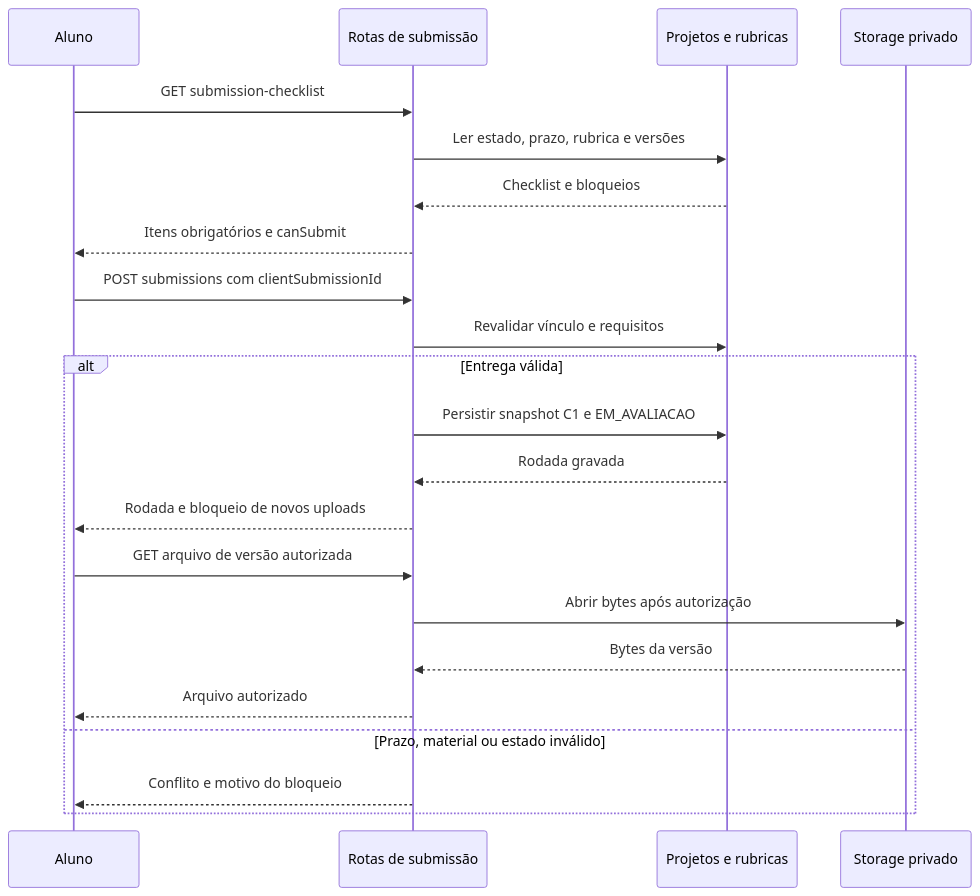
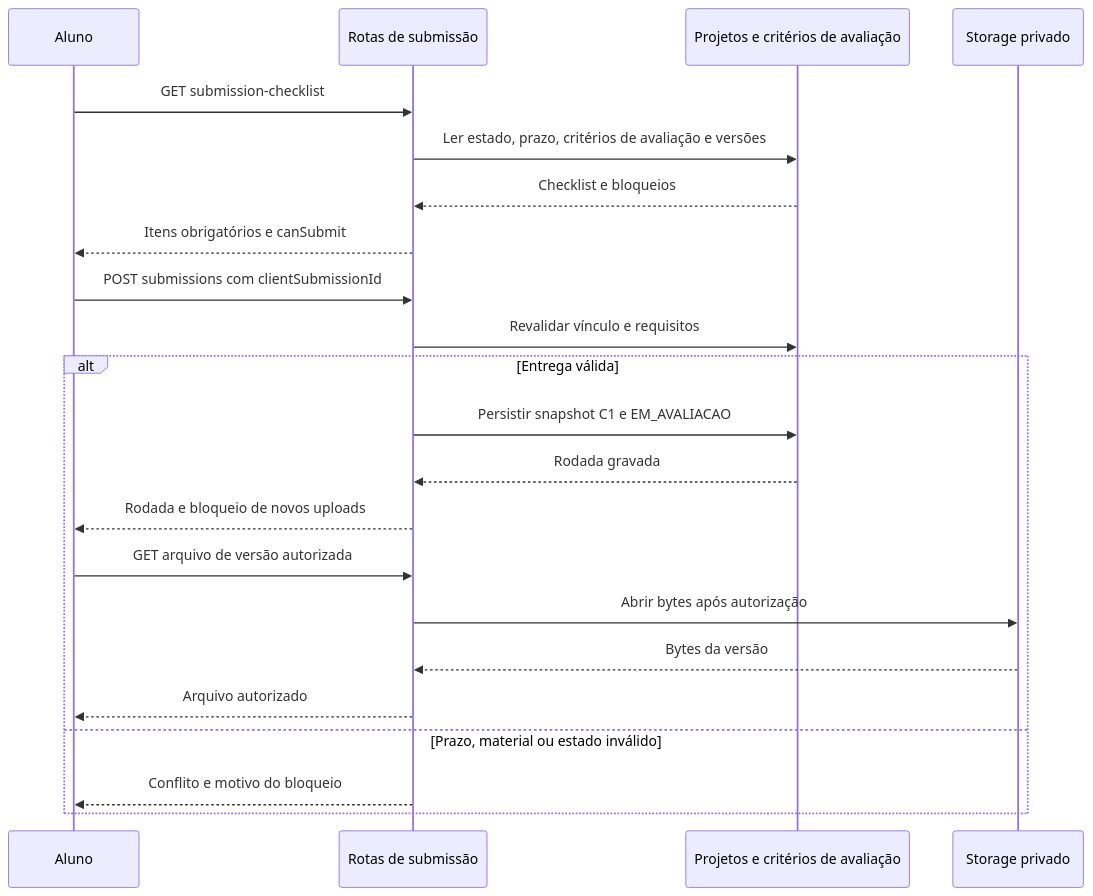
Before and after one commit to henriquemantovan/Labrary-Digital-PCS-3643: the third of 5 diagrams in docs/diagramas-sequencia.md, drawn with Mermaid. The commit also changed other lines of this file and 72 other files, not shown here.

Commit message:
Atualiza apresentação e adota critérios de avaliação na interface

````diff
--- a/docs/diagramas-sequencia.md
+++ b/docs/diagramas-sequencia.md
@@ -60,24 +60,24 @@
 ```mermaid
 sequenceDiagram
     participant U as Aluno
     participant A as Rotas de submissão
-    participant R as Projetos e rubricas
+    participant R as Projetos e critérios de avaliação
     participant F as Storage privado
     U->>A: GET submission-checklist
-    A->>R: Ler estado, prazo, rubrica e versões
+    A->>R: Ler estado, prazo, critérios de avaliação e versões
     R-->>A: Checklist e bloqueios
     A-->>U: Itens obrigatórios e canSubmit
     U->>A: POST submissions com clientSubmissionId
     A->>R: Revalidar vínculo e requisitos
     alt Entrega válida
         A->>R: Persistir snapshot C1 e EM_AVALIACAO
         R-->>A: Rodada gravada
         A-->>U: Rodada e bloqueio de novos uploads
         U->>A: GET arquivo de versão autorizada
         A->>F: Abrir bytes após autorização
         F-->>A: Bytes da versão
         A-->>U: Arquivo autorizado
     else Prazo, material ou estado inválido
         A-->>U: Conflito e motivo do bloqueio
     end
 ```
````
